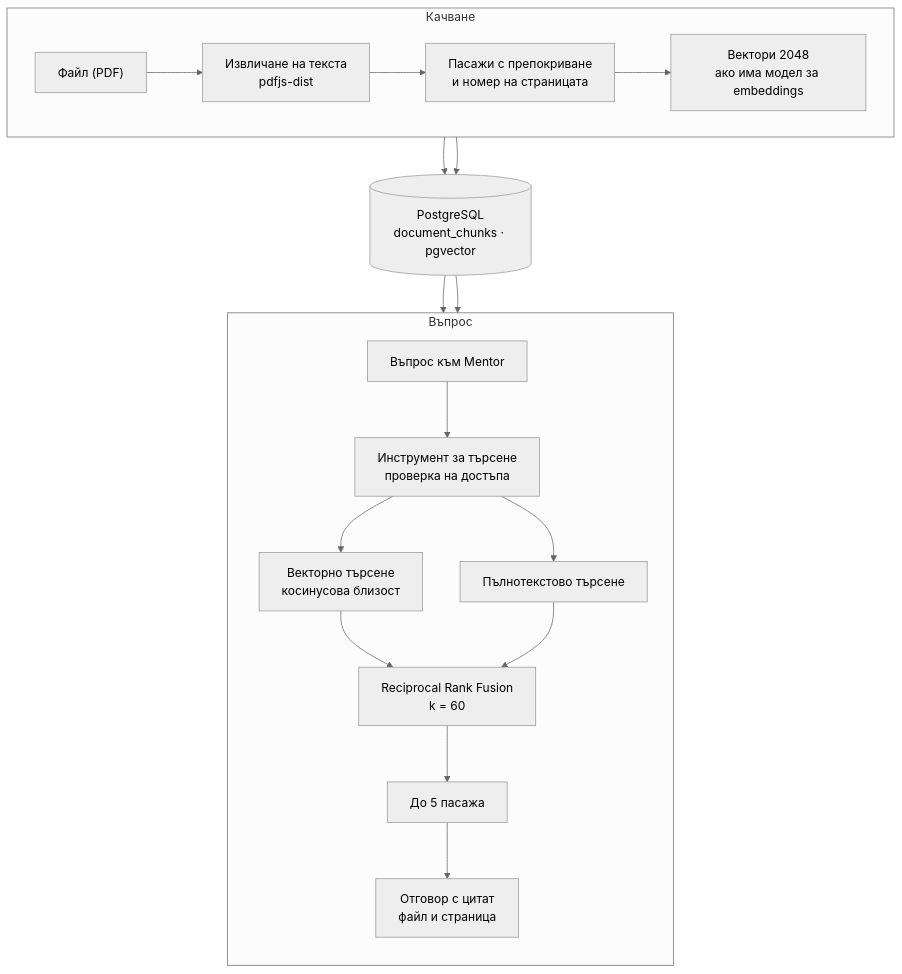
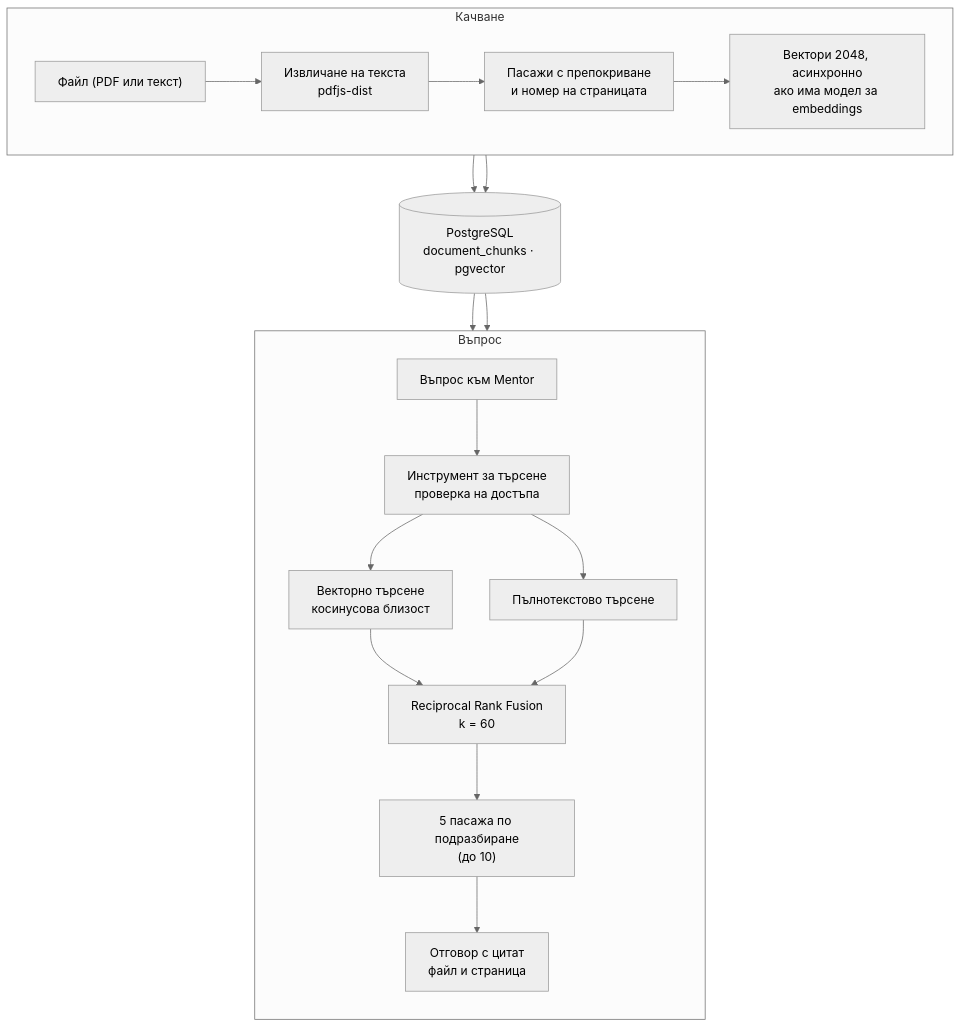
The ninth of 19 diagrams in docs/diploma/diagrams/GALLERY.md (tuncheva/KAIROS), drawn with Mermaid (neutral theme) before and after one commit. The commit also changed other lines of this file and 68 other files, not shown here.

First line of the commit message:
fix(thesis): replace Word-drawn figures; apply approved diagram changes

````diff
--- a/docs/diploma/diagrams/GALLERY.md
+++ b/docs/diploma/diagrams/GALLERY.md
@@ -274,23 +281,23 @@
 ```mermaid
 %% Фигура 9 – Извличане с обогатяване над документи
 flowchart TB
   subgraph IN["Качване"]
     direction LR
-    f["Файл (PDF)"] --> x["Извличане на текста<br>pdfjs-dist"] --> c["Пасажи с препокриване<br>и номер на страницата"]
-    c --> e["Вектори 2048<br>ако има модел за embeddings"]
+    f["Файл (PDF или текст)"] --> x["Извличане на текста<br>pdfjs-dist"] --> c["Пасажи с препокриване<br>и номер на страницата"]
+    c --> e["Вектори 2048, асинхронно<br>ако има модел за embeddings"]
   end
   st[("PostgreSQL<br>document_chunks · pgvector")]
   c --> st
   e --> st
   subgraph Q["Въпрос"]
     direction TB
     q["Въпрос към Mentor"] --> t["Инструмент за търсене<br>проверка на достъпа"]
     t --> v["Векторно търсене<br>косинусова близост"]
     t --> ft["Пълнотекстово търсене"]
     v --> rrf["Reciprocal Rank Fusion<br>k = 60"]
     ft --> rrf
-    rrf --> top["До 5 пасажа"] --> ans["Отговор с цитат<br>файл и страница"]
+    rrf --> top["5 пасажа по подразбиране<br>(до 10)"] --> ans["Отговор с цитат<br>файл и страница"]
   end
   st --> v
   st --> ft
 ```
````
